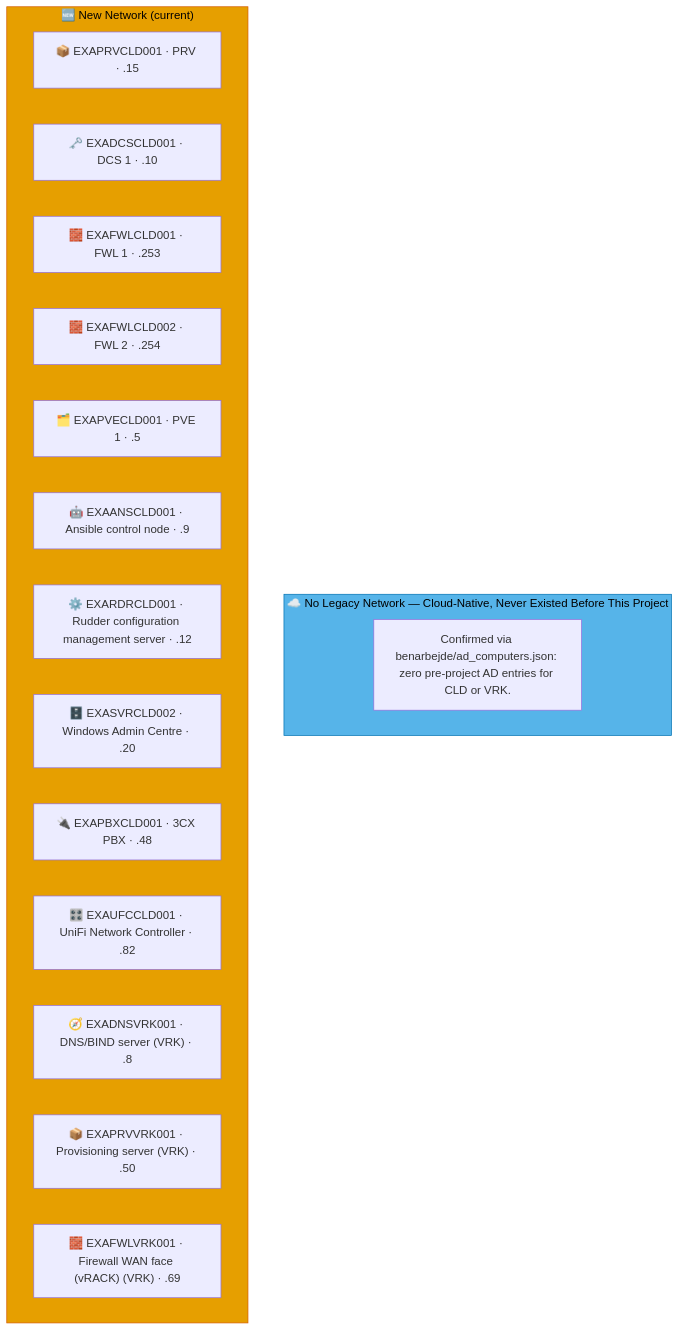
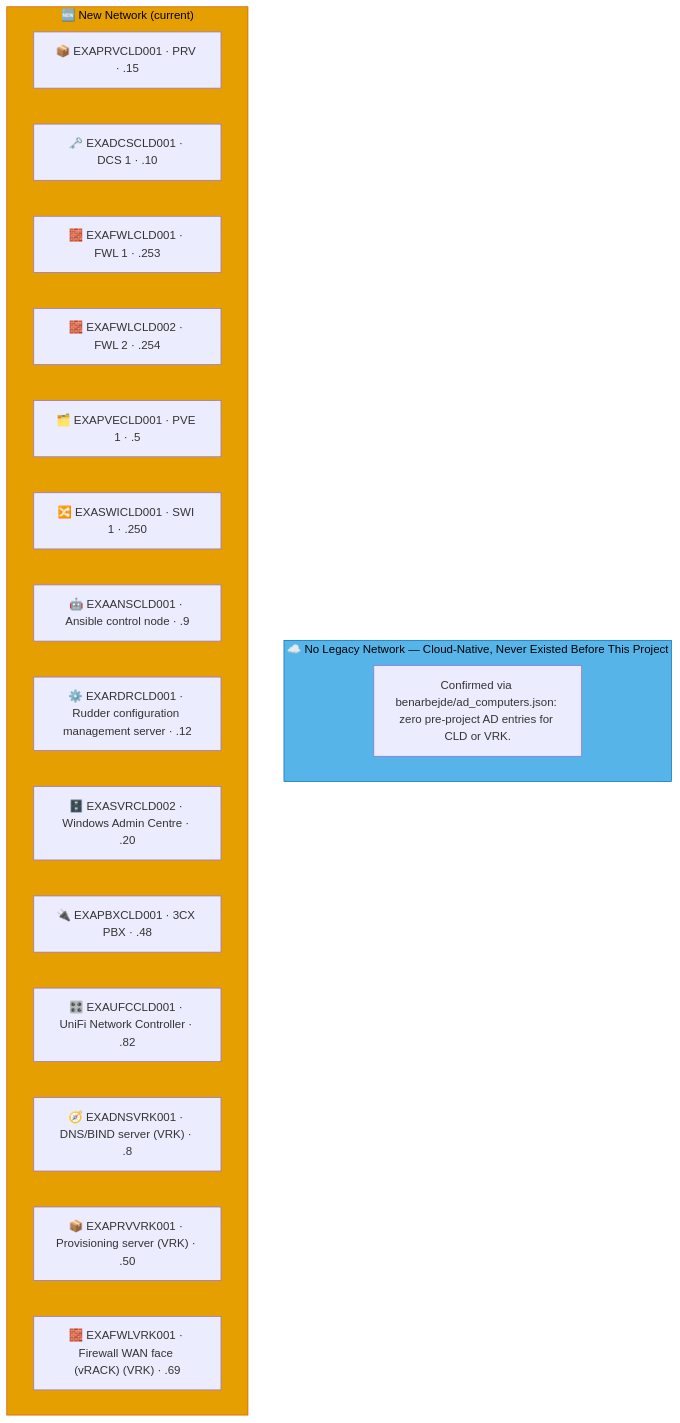
One commit to knightmare2600/example_music_infra changed the diagram in docs/network-diagram/cld.md. Above: the diagram before and after it, drawn with Mermaid. The commit also changed 12 other files, not shown here.

````diff
--- a/docs/network-diagram/cld.md
+++ b/docs/network-diagram/cld.md
@@ -23,25 +23,26 @@
 ```mermaid
 graph TD
     subgraph OLD_CLD ["☁️ No Legacy Network — Cloud-Native, Never Existed Before This Project"]
       N_OLD_NOTE["Confirmed via benarbejde/ad_computers.json: zero pre-project AD entries for CLD or VRK."]
     end
     style OLD_CLD fill:#56B4E9,stroke:#0072B2,color:#000000
     %% GENERATED:NEW-NETWORK:CLD:START
     subgraph NEW_CLD ["🆕 New Network (current)"]
       N_PRV["📦 EXAPRVCLD001 · PRV · .15"]
       N_DCS["🗝️ EXADCSCLD001 · DCS 1 · .10"]
       N_FWL["🧱 EXAFWLCLD001 · FWL 1 · .253"]
       N_FWL2["🧱 EXAFWLCLD002 · FWL 2 · .254"]
       N_PVE["🗂️ EXAPVECLD001 · PVE 1 · .5"]
+      N_SWI["🔀 EXASWICLD001 · SWI 1 · .250"]
       N_ANS["🤖 EXAANSCLD001 · Ansible control node · .9"]
       N_RDR["⚙️ EXARDRCLD001 · Rudder configuration management server · .12"]
       N_SVR["🗄️ EXASVRCLD002 · Windows Admin Centre · .20"]
       N_PBX["🔌 EXAPBXCLD001 · 3CX PBX · .48"]
       N_UFC["🎛️ EXAUFCCLD001 · UniFi Network Controller · .82"]
       N_DNS["🧭 EXADNSVRK001 · DNS/BIND server (VRK) · .8"]
       N_PRV2["📦 EXAPRVVRK001 · Provisioning server (VRK) · .50"]
       N_FWL3["🧱 EXAFWLVRK001 · Firewall WAN face (vRACK) (VRK) · .69"]
     end
     style NEW_CLD fill:#E69F00,stroke:#D55E00,color:#000000
     %% GENERATED:NEW-NETWORK:CLD:END
 ```
````
